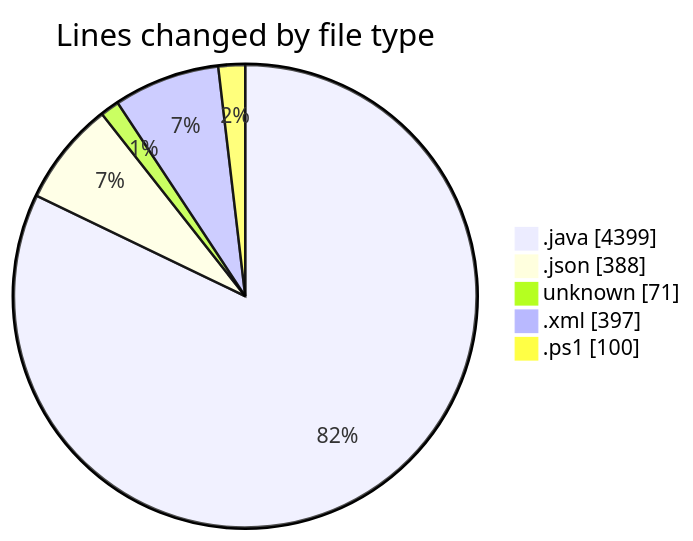
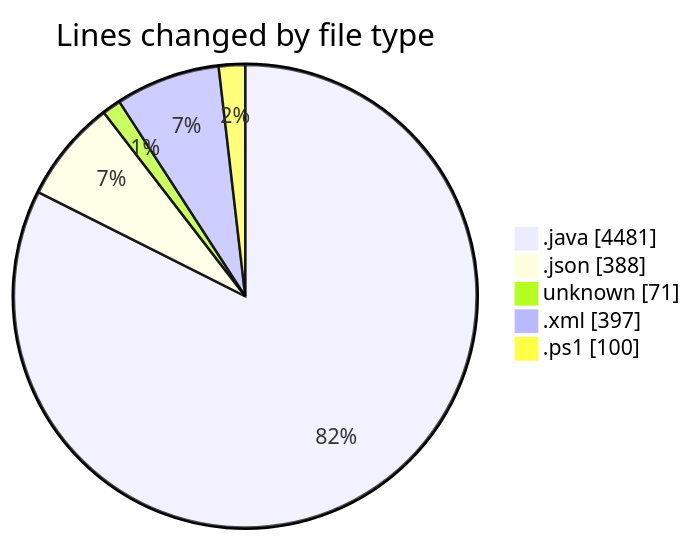
The first of 2 diagrams in 2025-02-25/micros/README.md (charlie-sans/code-tracking), drawn with Mermaid before and after one commit. The commit also changed other lines of this file and 1 other file, not shown here.

````diff
--- a/2025-02-25/micros/README.md
+++ b/2025-02-25/micros/README.md
@@ -37,9 +38,9 @@
 ```mermaid
 pie showData
 title Lines changed by file type
-".java" : 4399
+".java" : 4481
 ".json" : 388
 "unknown" : 71
 ".xml" : 397
 ".ps1" : 100
 ```
````
